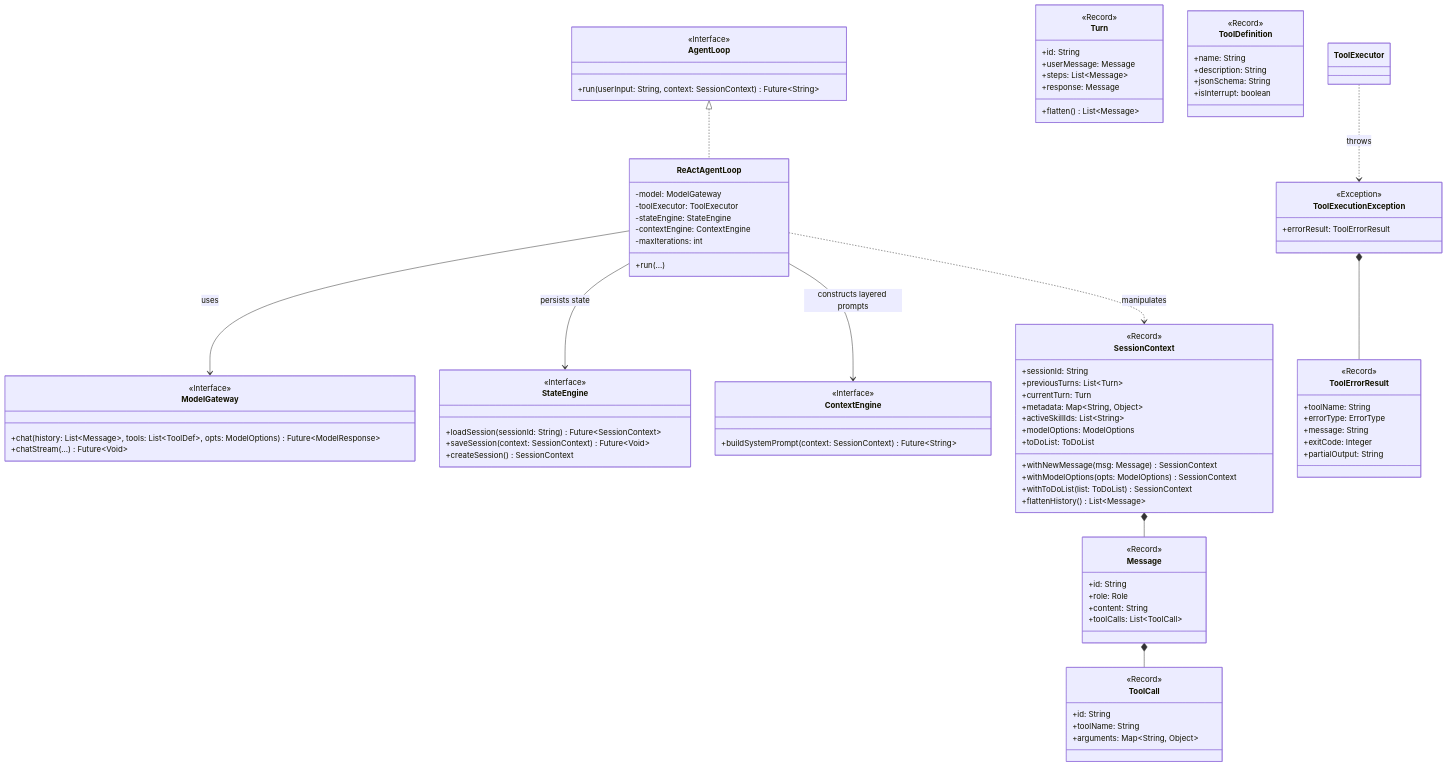
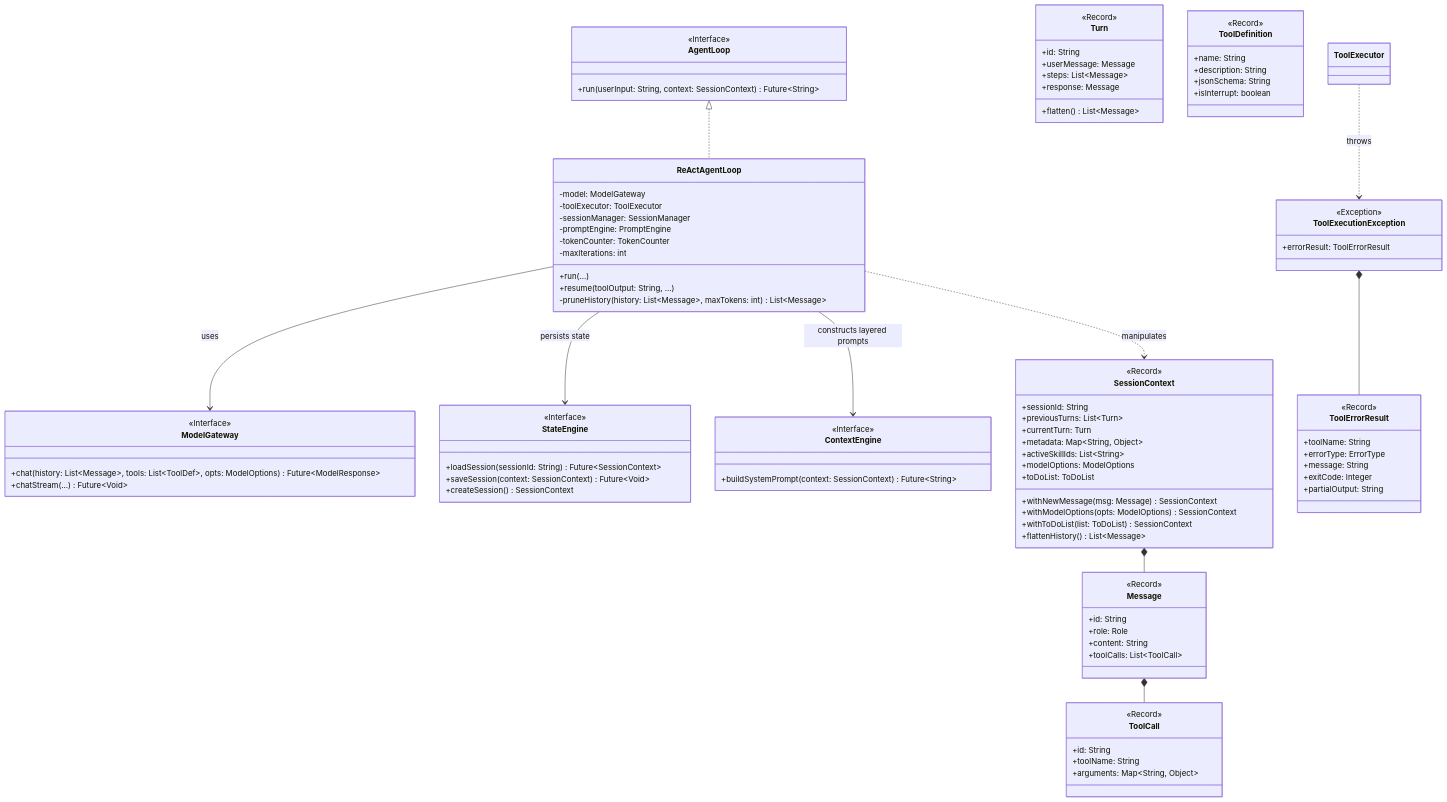
Before and after one commit to stream-iori/ganglia: the first of 3 diagrams in docs/CORE_KERNEL_DESIGN.md, drawn with Mermaid. The commit also changed other lines of this file and 6 other files, not shown here.

First line of the commit message:
docs: Update architectural design to match latest implementation

```diff
--- a/docs/CORE_KERNEL_DESIGN.md
+++ b/docs/CORE_KERNEL_DESIGN.md
@@ -20,10 +20,13 @@
     class ReActAgentLoop {
         -model: ModelGateway
         -toolExecutor: ToolExecutor
-        -stateEngine: StateEngine
-        -contextEngine: ContextEngine
+        -sessionManager: SessionManager
+        -promptEngine: PromptEngine
+        -tokenCounter: TokenCounter
         -maxIterations: int
         +run(...)
+        +resume(toolOutput: String, ...)
+        -pruneHistory(history: List~Message~, maxTokens: int) List~Message~
     }
     
     AgentLoop <|.. ReActAgentLoop
```
